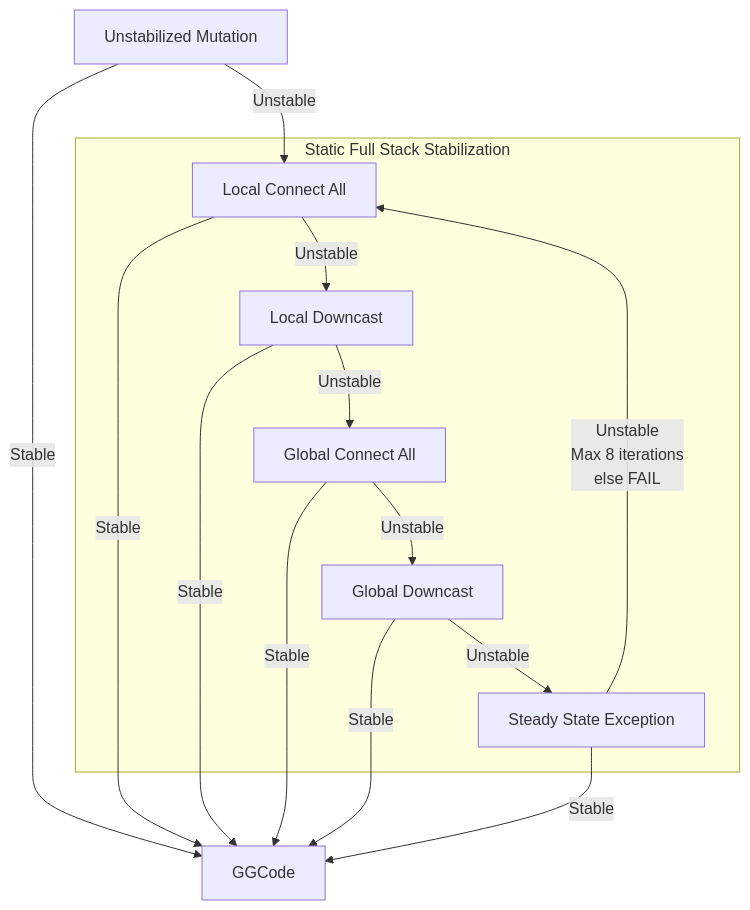
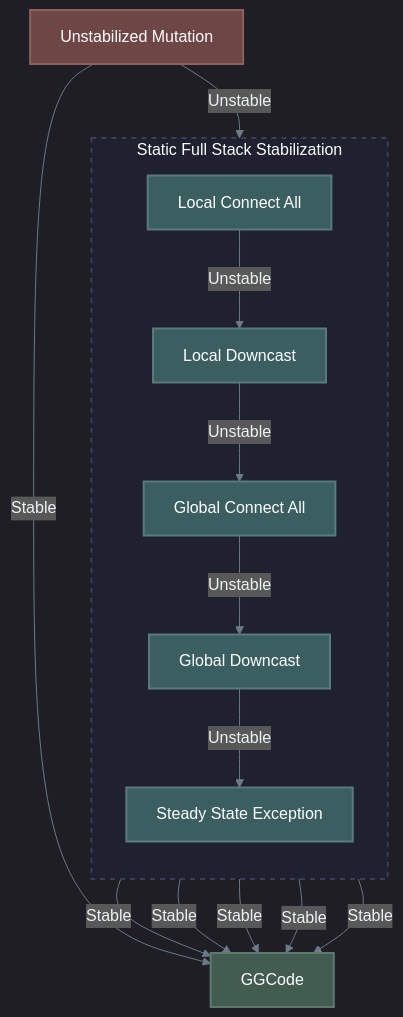
One commit to Shapedsundew9/erasmus-gp changed the diagram in docs/components/core/physics/stabilization.md. Above: the diagram before and after it, drawn with Mermaid. The commit also changed other lines of this file and 21 other files, not shown here.

First line of the commit message:
Enhance Mermaid Diagrams and Color Consistency Across Documentation

````diff
--- a/docs/components/core/physics/stabilization.md
+++ b/docs/components/core/physics/stabilization.md
@@ -50,30 +50,37 @@
 ```mermaid
-%% Paths to Stability
+%%{init: { 'theme': 'dark', 'themeVariables': { 'lineColor': '#6c7a89', 'textColor': '#edf2f4', 'mainBkg': '#2b2d42', 'primaryBorderColor': '#4a4e69' }}}%%
 flowchart TB
-    UM["Unstabilized Mutation"]
+    %% Base/Default (Dark Slate)
+    classDef default fill:#2b2d42,stroke:#4a4e69,stroke-width:2px,color:#edf2f4
+    classDef dataTeal fill:#3b5e60,stroke:#5b7a7c,stroke-width:2px,color:#ffffff
+    classDef dataGreen fill:#425c52,stroke:#5d7a6f,stroke-width:2px,color:#ffffff
+    classDef dataRed fill:#6e4646,stroke:#8f6060,stroke-width:2px,color:#ffffff
+    classDef zonePrimary fill:#1f2130,stroke:#3a3e59,stroke-width:2px,stroke-dasharray: 5 5
 
-    subgraph FSS["Static Full Stack Stabilization"]
-        LCA["Local Connect All"]
-        LUC["Local Downcast"]
-        GCA["Global Connect All"]
-        GUC["Global Downcast"]
-        SSE["Steady State Exception"]
+    UM["Unstabilized Mutation"]:::dataRed
+
+    subgraph FSS [Static Full Stack Stabilization]
+        direction TB
+        LCA["Local Connect All"]:::dataTeal
+        LUC["Local Downcast"]:::dataTeal
+        GCA["Global Connect All"]:::dataTeal
+        GUC["Global Downcast"]:::dataTeal
+        SSE["Steady State Exception"]:::dataTeal
     end
 
-    GGC["GGCode"]
+    GGC["GGCode"]:::dataGreen
 
     UM -- Stable --> GGC
     UM -- Unstable --> LCA
     LCA -- Stable --> GGC
     LCA -- Unstable --> LUC
     LUC -- Stable --> GGC
     LUC -- Unstable --> GCA
     GCA -- Stable --> GGC
     GCA -- Unstable --> GUC
     GUC -- Stable --> GGC
     GUC -- Unstable --> SSE
     SSE -- Stable --> GGC
-    SSE -- Unstable
-    Max 8 iterations
-    else FAIL --> LCA
+
+    class FSS zonePrimary
 ```
````
